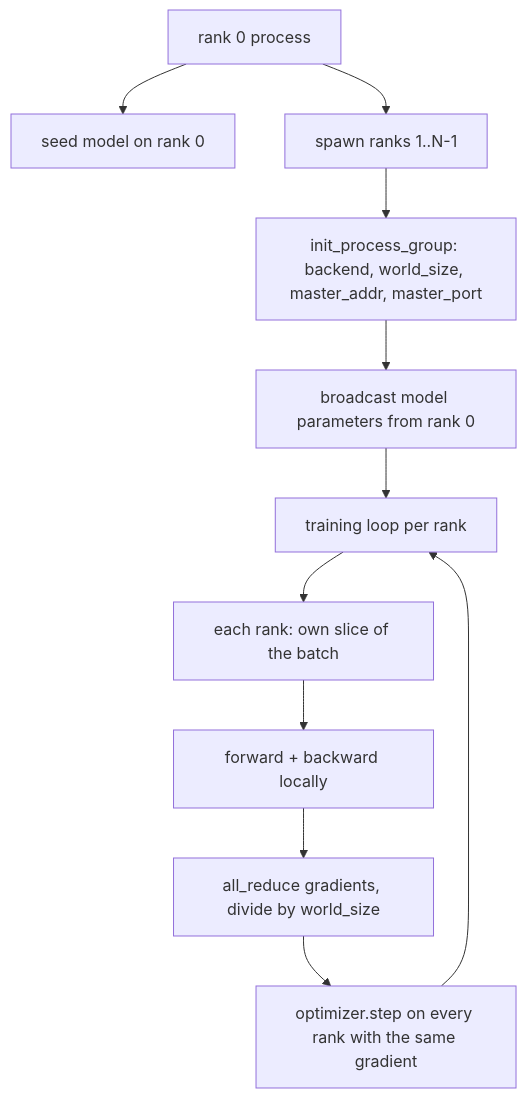
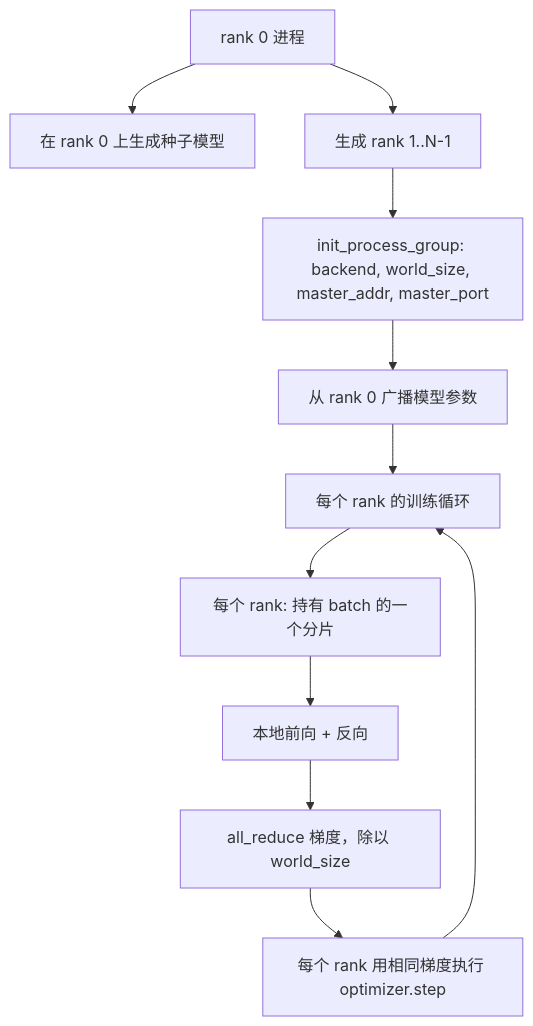
The first of 2 diagrams in lessons/19-capstone-projects/48-distributed-fsdp-ddp/docs/zh.md (guangningsun/ailearning), drawn with Mermaid before and after one commit. The commit also changed other lines of this file and 85 other files, not shown here.

````diff
--- a/lessons/19-capstone-projects/48-distributed-fsdp-ddp/docs/zh.md
+++ b/lessons/19-capstone-projects/48-distributed-fsdp-ddp/docs/zh.md
@@ -27,13 +27,13 @@
 ```mermaid
 flowchart TB
-  init[rank 0 process] --> seed[seed model on rank 0]
-  init --> spawn[spawn ranks 1..N-1]
+  init[rank 0 进程] --> seed[在 rank 0 上生成种子模型]
+  init --> spawn[生成 rank 1..N-1]
   spawn --> pg[init_process_group: backend, world_size, master_addr, master_port]
-  pg --> bcast[broadcast model parameters from rank 0]
-  bcast --> loop[training loop per rank]
-  loop --> shard[each rank: own slice of the batch]
-  shard --> fwd[forward + backward locally]
-  fwd --> ar[all_reduce gradients, divide by world_size]
-  ar --> step[optimizer.step on every rank with the same gradient]
+  pg --> bcast[从 rank 0 广播模型参数]
+  bcast --> loop[每个 rank 的训练循环]
+  loop --> shard[每个 rank: 持有 batch 的一个分片]
+  shard --> fwd[本地前向 + 反向]
+  fwd --> ar[all_reduce 梯度，除以 world_size]
+  ar --> step[每个 rank 用相同梯度执行 optimizer.step]
   step --> loop
 ```
````
